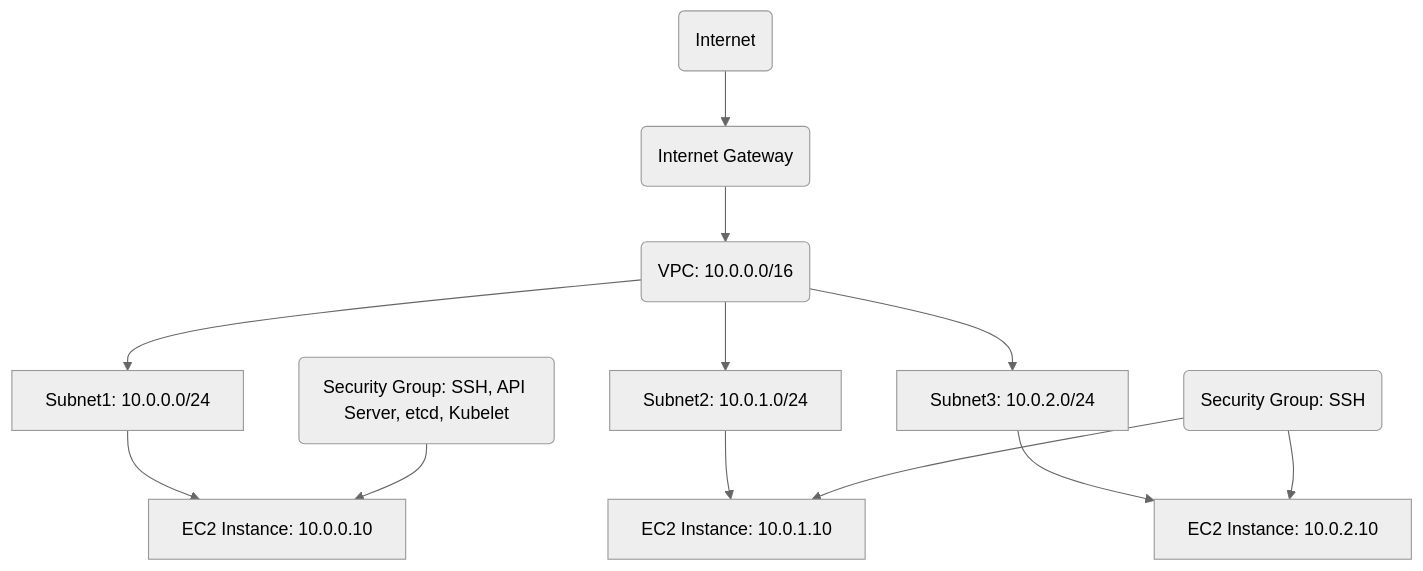
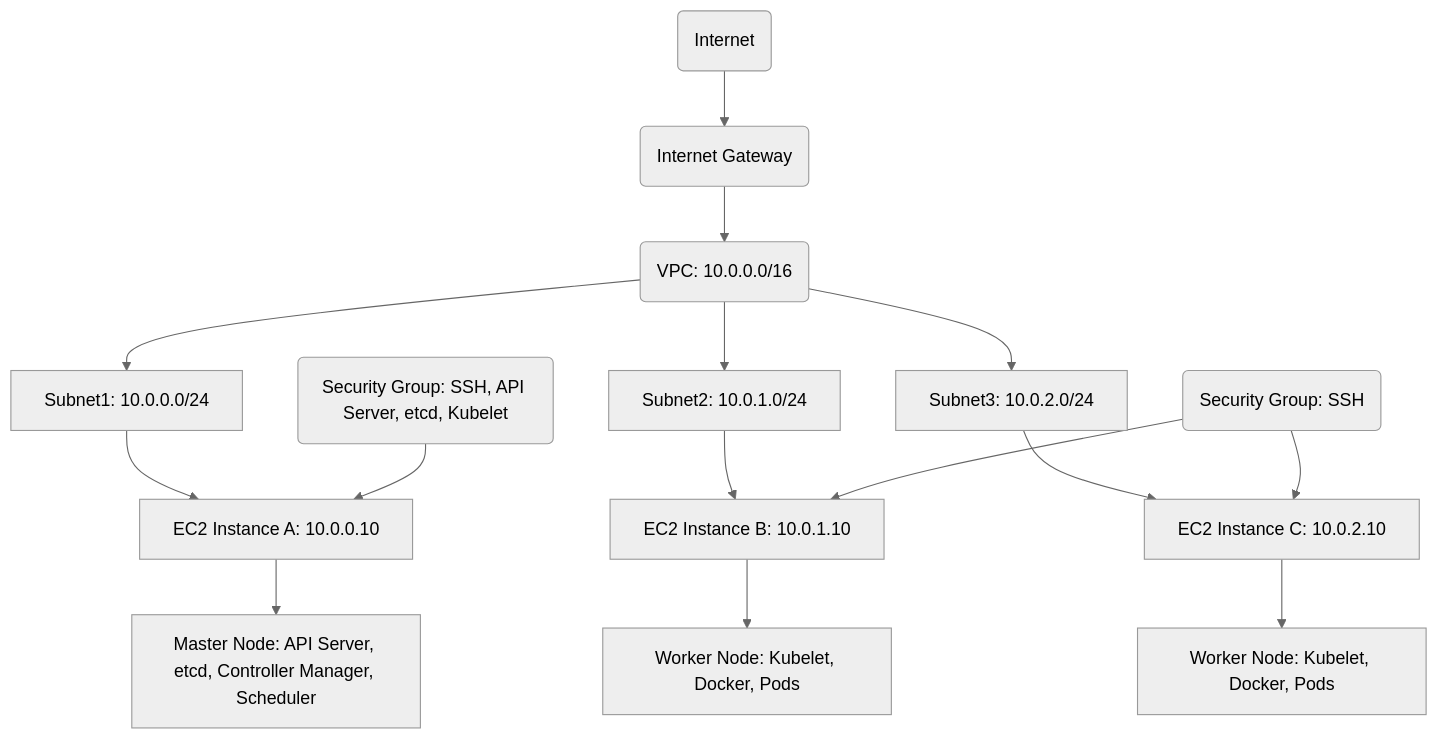
Before and after one commit to loftwah/tech-101: the diagram in kubernetes/kubernetes-the-loftwah-way/README.md, drawn with Mermaid (neutral theme).

Commit message:
make diagram better

````diff
--- a/kubernetes/kubernetes-the-loftwah-way/README.md
+++ b/kubernetes/kubernetes-the-loftwah-way/README.md
@@ -40,25 +40,31 @@
 ```mermaid
 graph TB
     internet(Internet)
     ig(Internet Gateway)
     vpc(VPC: 10.0.0.0/16)
     subnet1[Subnet1: 10.0.0.0/24]
     subnet2[Subnet2: 10.0.1.0/24]
     subnet3[Subnet3: 10.0.2.0/24]
     sg1(Security Group: SSH, API Server, etcd, Kubelet)
     sg2(Security Group: SSH)
-    ec2a[EC2 Instance: 10.0.0.10]
-    ec2b[EC2 Instance: 10.0.1.10]
-    ec2c[EC2 Instance: 10.0.2.10]
+    ec2a[EC2 Instance A: 10.0.0.10]
+    ec2b[EC2 Instance B: 10.0.1.10]
+    ec2c[EC2 Instance C: 10.0.2.10]
+    master[Master Node: API Server, etcd, Controller Manager, Scheduler]
+    worker1[Worker Node: Kubelet, Docker, Pods]
+    worker2[Worker Node: Kubelet, Docker, Pods]
     internet --> ig
     ig --> vpc
     vpc --> subnet1
     vpc --> subnet2
     vpc --> subnet3
     subnet1 --> ec2a
     subnet2 --> ec2b
     subnet3 --> ec2c
     sg1 --> ec2a
     sg2 --> ec2b
     sg2 --> ec2c
+    ec2a --> master
+    ec2b --> worker1
+    ec2c --> worker2
 ```
````
